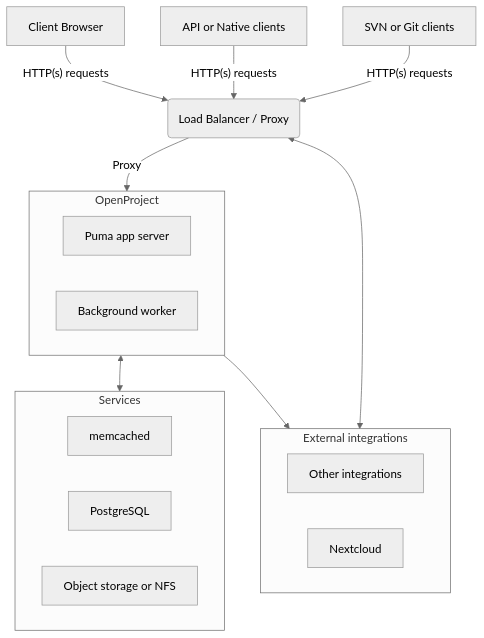
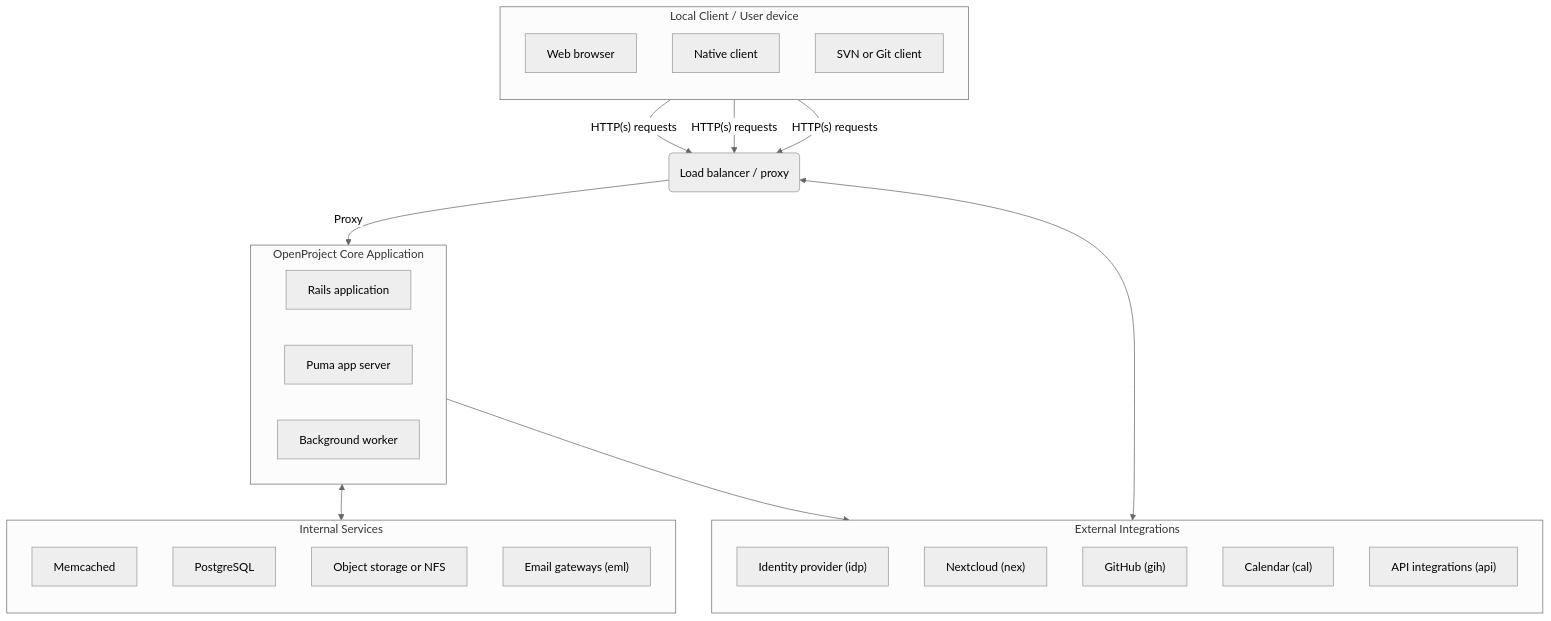
One commit to opf/openproject changed the diagram in docs/development/application-architecture/README.md. Above: the diagram before and after it, drawn with Mermaid. The commit also changed other lines of this file, not shown here.

Commit message:
Making the system overviews consistent - but still redundant

````diff
--- a/docs/development/application-architecture/README.md
+++ b/docs/development/application-architecture/README.md
@@ -14,32 +14,50 @@
 ```mermaid
 %%{init: {'theme':'neutral'}}%%
 
 flowchart TD
-  A[Client Browser] -->|"HTTP(s) requests"| B(Load Balancer / Proxy)
-  A1[API or Native clients] -->|"HTTP(s) requests"| B(Load Balancer / Proxy)
-  A2[SVN or Git clients] -->|"HTTP(s) requests"| B(Load Balancer / Proxy)
-  B -->|Proxy| openproject
-
-  subgraph openproject[OpenProject]
+  browser[Web browser] -->|"HTTP(s) requests"| loadbalancer(Load balancer / proxy)
+  A1[Native client] -->|"HTTP(s) requests"| loadbalancer
+  A2[SVN or Git client] -->|"HTTP(s) requests"| loadbalancer
+  loadbalancer -->|Proxy| openproject
+  
+  subgraph openproject[OpenProject Core Application]
+    openprojectrailsapp[Rails application]
     C[Puma app server]
     D[Background worker]
   end
 
 
-  subgraph integrations[External integrations]
-	  O[Other integrations]
-    N[Nextcloud]
-  end
+  subgraph integrations[External Integrations]
+  direction TB
+    idp["Identity provider (idp)"]
+    nex["Nextcloud (nex)"]
+    gih["GitHub (gih)"]
+    cal["Calendar (cal)"]
+  	O["API integrations (api)"]
+ 
+end
 
-  subgraph services[Services]
-  	M[memcached]
+  subgraph services[Internal Services]
+  direction TB
+  	M[Memcached]
 	  P[PostgreSQL]
 	  S[Object storage or NFS]
+	  email["Email gateways (eml)"]
   end
 
 
   openproject <--> services
   openproject --> integrations
-  B <--> integrations
+  loadbalancer <--> integrations
+  
+  subgraph localclients[Local Client / User device]
+  direction TB
+	browser
+	A1
+	A2	
+	
+	
+end
+
 
 ```
````
